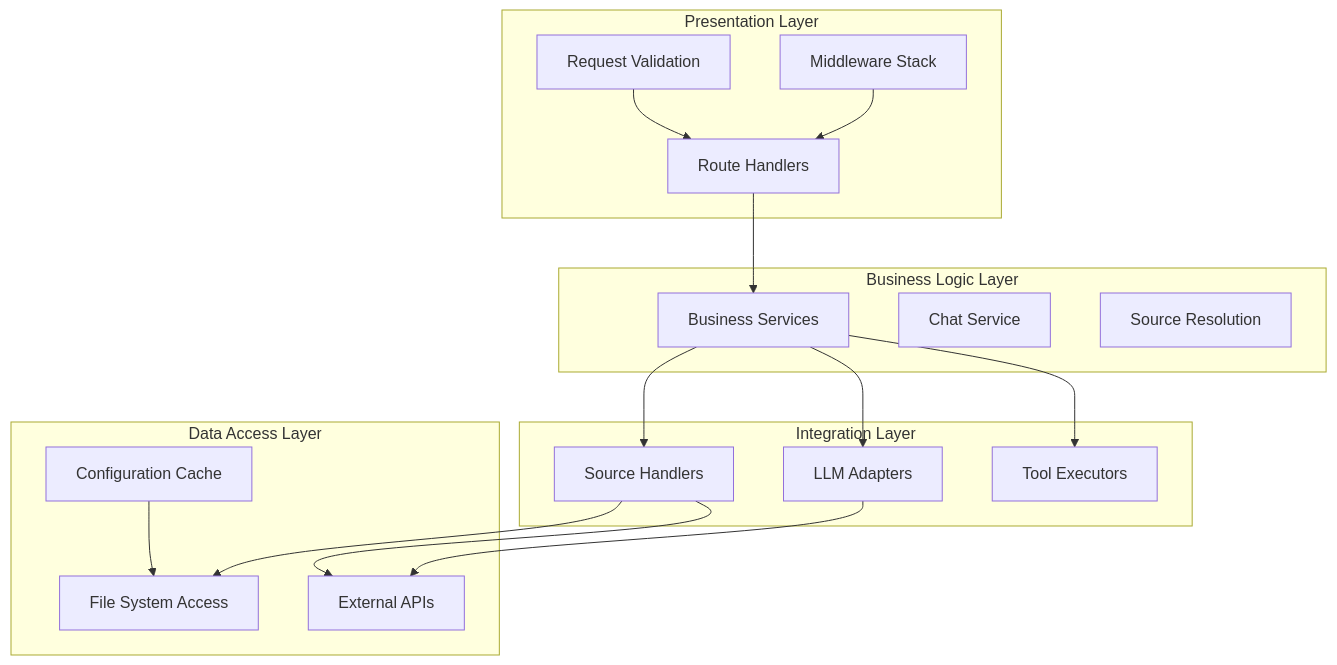
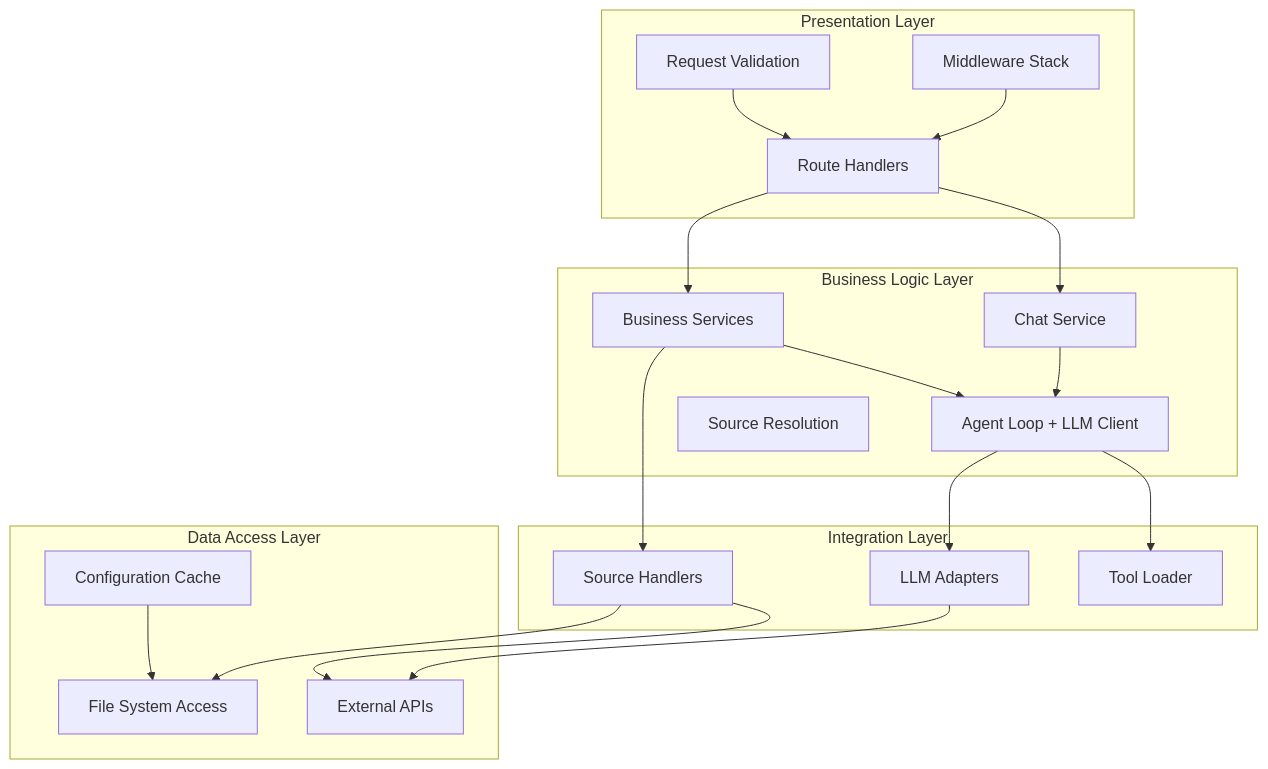
One commit to intrafind/ihub-apps changed the fourth of 20 diagrams in docs/architecture.md. Above: the diagram before and after it, drawn with Mermaid. The commit also changed other lines of this file and 238 other files, not shown here.

````diff
--- a/docs/architecture.md
+++ b/docs/architecture.md
@@ -169,37 +169,41 @@
 ```mermaid
 graph TB
     subgraph "Presentation Layer"
         Routes[Route Handlers]
         Middleware[Middleware Stack]
         Validation[Request Validation]
     end
-    
+
     subgraph "Business Logic Layer"
         Services[Business Services]
         ChatService[Chat Service]
+        Loop[Agent Loop + LLM Client]
         SourceService[Source Resolution]
     end
-    
+
     subgraph "Integration Layer"
         Adapters[LLM Adapters]
         Sources[Source Handlers]
-        Tools[Tool Executors]
+        Tools[Tool Loader]
     end
-    
+
     subgraph "Data Access Layer"
         ConfigCache[Configuration Cache]
         FileSystem[File System Access]
         External[External APIs]
     end
-    
+
     Routes --> Services
+    Routes --> ChatService
     Middleware --> Routes
     Validation --> Routes
-    Services --> Adapters
+    ChatService --> Loop
+    Services --> Loop
+    Loop --> Adapters
+    Loop --> Tools
     Services --> Sources
-    Services --> Tools
     Adapters --> External
     Sources --> FileSystem
     Sources --> External
     ConfigCache --> FileSystem
 ```
````
